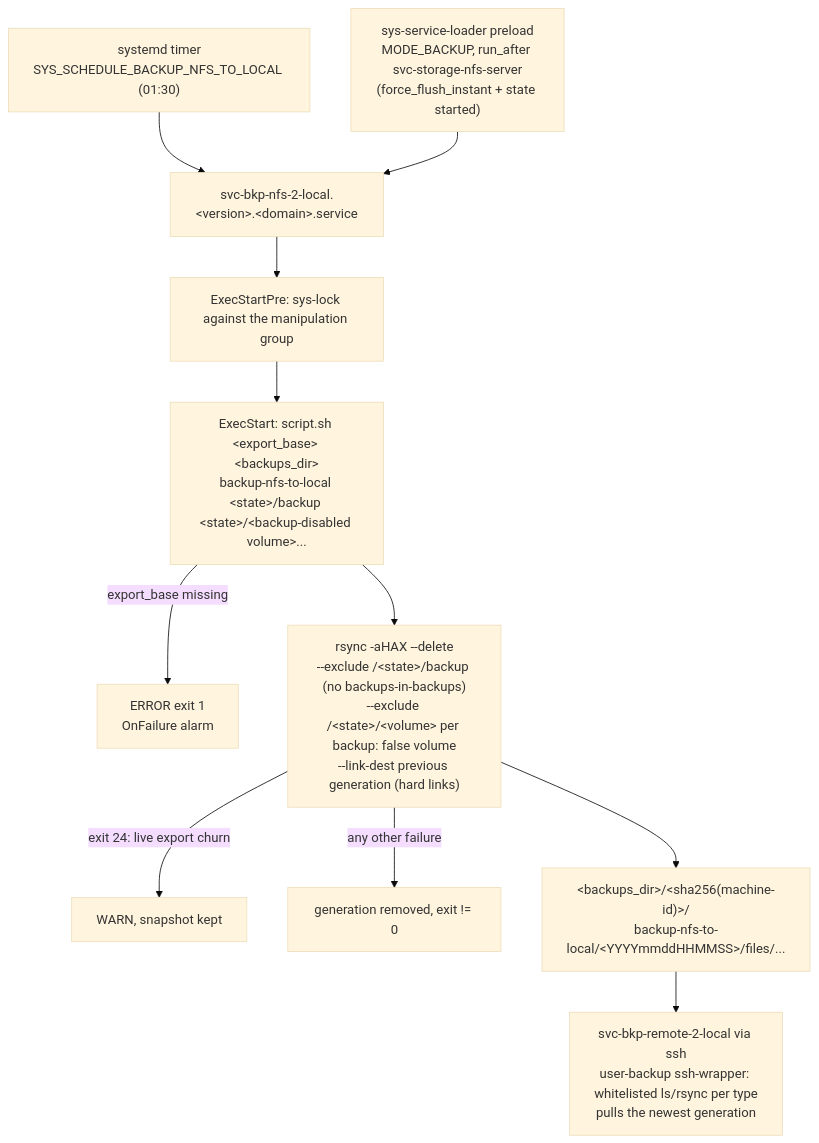
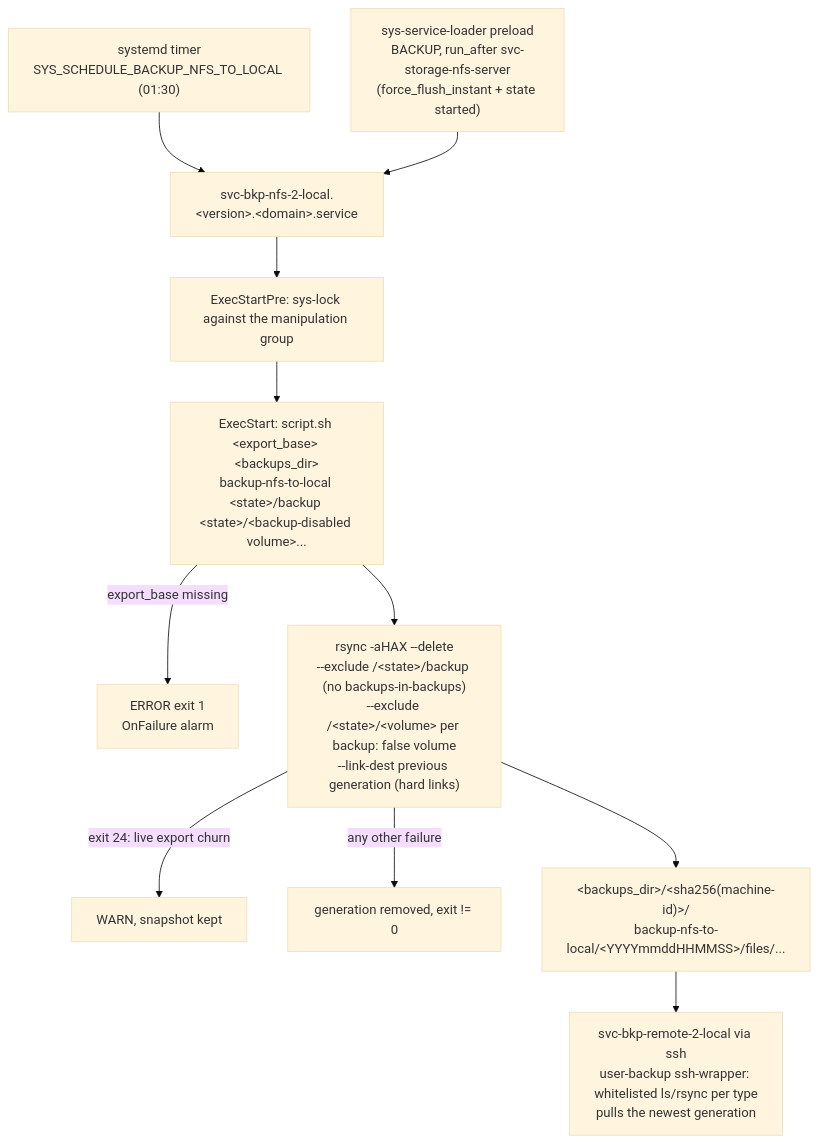
One commit to infinito-nexus/core changed the diagram in roles/svc-bkp-nfs-2-local/README.md. Above: the diagram before and after it, drawn with Mermaid (base theme). The commit also changed 220 other files, not shown here.

````diff
--- a/roles/svc-bkp-nfs-2-local/README.md
+++ b/roles/svc-bkp-nfs-2-local/README.md
@@ -16,13 +16,13 @@
 ```mermaid
 flowchart TD
     TIMER["systemd timer<br>SYS_SCHEDULE_BACKUP_NFS_TO_LOCAL (01:30)"] --> UNIT
-    PRELOAD["sys-service-loader preload<br>MODE_BACKUP, run_after svc-storage-nfs-server<br>(force_flush_instant + state started)"] --> UNIT
+    PRELOAD["sys-service-loader preload<br>BACKUP, run_after svc-storage-nfs-server<br>(force_flush_instant + state started)"] --> UNIT
     UNIT["svc-bkp-nfs-2-local.&lt;version&gt;.&lt;domain&gt;.service"] --> LOCK["ExecStartPre: sys-lock against the manipulation group"]
     LOCK --> SCRIPT["ExecStart: script.sh &lt;export_base&gt; &lt;backups_dir&gt;<br>backup-nfs-to-local &lt;state&gt;/backup &lt;state&gt;/&lt;backup-disabled volume&gt;..."]
     SCRIPT -->|export_base missing| ALARM["ERROR exit 1<br>OnFailure alarm"]
     SCRIPT --> RSYNC["rsync -aHAX --delete<br>--exclude /&lt;state&gt;/backup (no backups-in-backups)<br>--exclude /&lt;state&gt;/&lt;volume&gt; per backup: false volume<br>--link-dest previous generation (hard links)"]
     RSYNC -->|exit 24: live export churn| WARN["WARN, snapshot kept"]
     RSYNC -->|any other failure| CLEAN["generation removed, exit != 0"]
     RSYNC --> TREE["&lt;backups_dir&gt;/&lt;sha256(machine-id)&gt;/<br>backup-nfs-to-local/&lt;YYYYmmddHHMMSS&gt;/files/..."]
     TREE --> PULL["svc-bkp-remote-2-local via ssh<br>user-backup ssh-wrapper: whitelisted ls/rsync per type<br>pulls the newest generation"]
 ```
````
